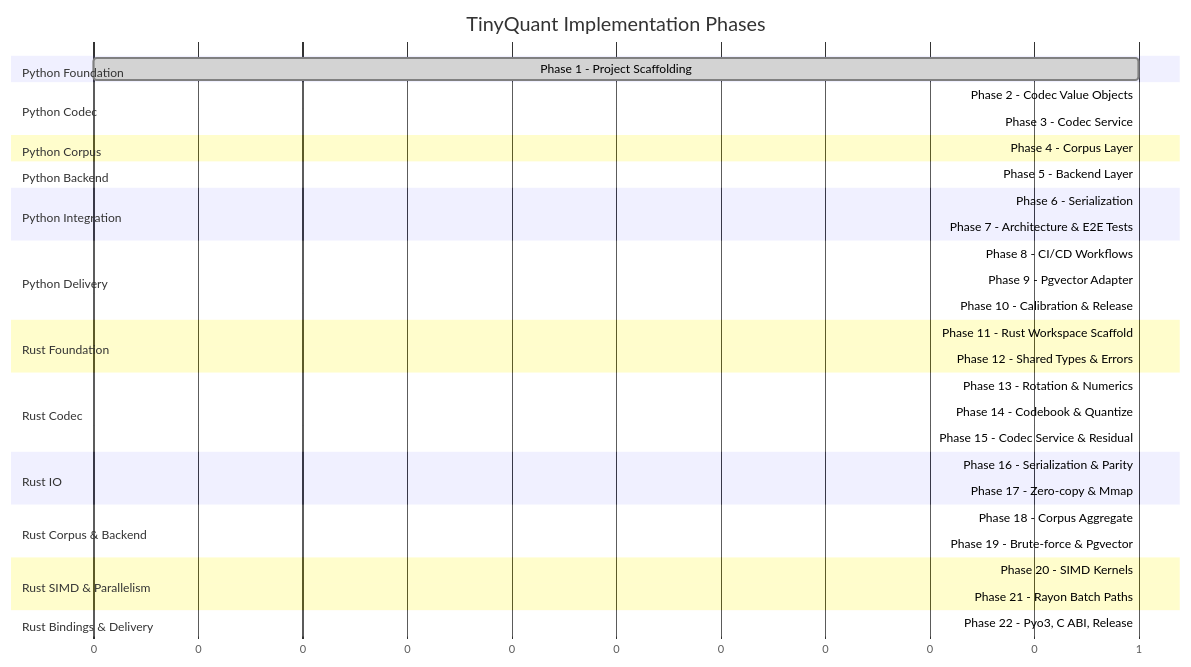
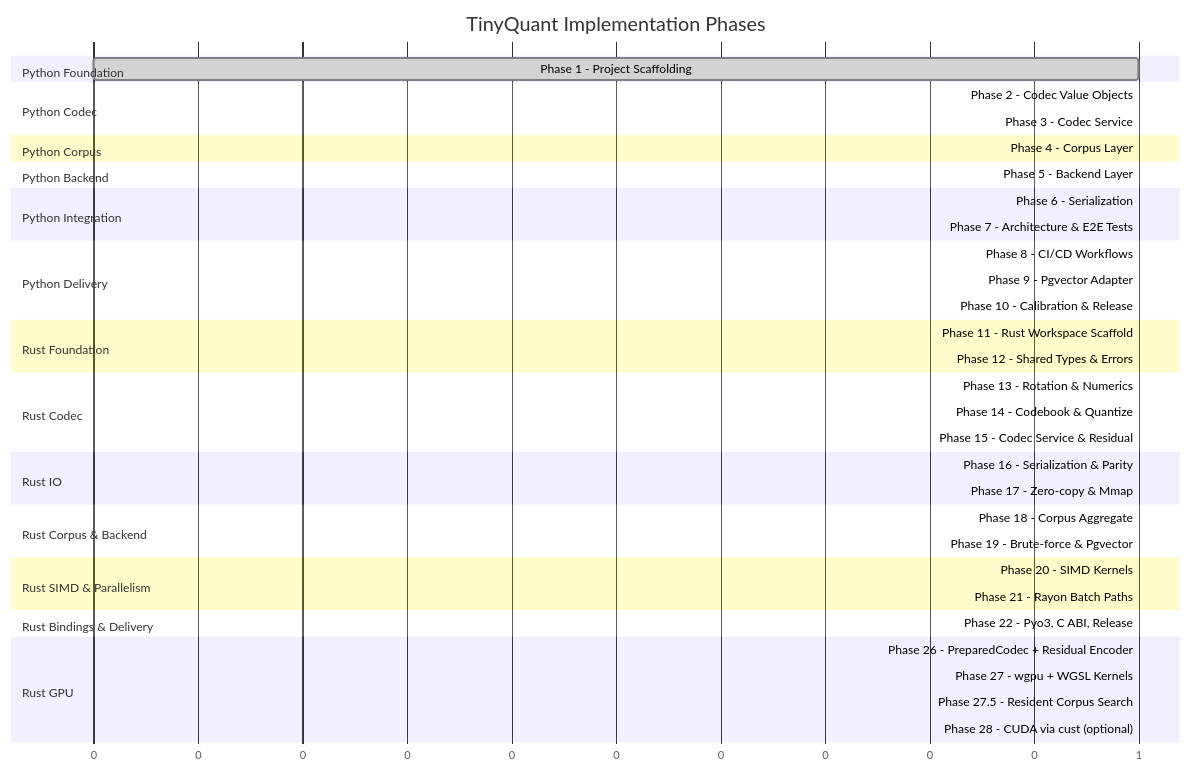
The diagram in docs/roadmap.md (better-with-models/TinyQuant), drawn with Mermaid before and after one commit. The commit also changed other lines of this file and 8 other files, not shown here.

First line of the commit message:
docs(rust): add GPU acceleration design and update existing design docs

````diff
--- a/docs/roadmap.md
+++ b/docs/roadmap.md
@@ -26,40 +26,45 @@
 ```mermaid
 gantt
     title TinyQuant Implementation Phases
     dateFormat X
     axisFormat %s
     section Python Foundation
         Phase 1 - Project Scaffolding       :done, p1, 0, 1
     section Python Codec
         Phase 2 - Codec Value Objects       :done, p2, after p1, 1
         Phase 3 - Codec Service             :done, p3, after p2, 1
     section Python Corpus
         Phase 4 - Corpus Layer              :done, p4, after p3, 1
     section Python Backend
         Phase 5 - Backend Layer             :done, p5, after p4, 1
     section Python Integration
         Phase 6 - Serialization             :done, p6, after p5, 1
         Phase 7 - Architecture & E2E Tests  :done, p7, after p6, 1
     section Python Delivery
         Phase 8 - CI/CD Workflows           :done, p8, after p7, 1
         Phase 9 - Pgvector Adapter          :done, p9, after p8, 1
         Phase 10 - Calibration & Release    :done, p10, after p9, 1
     section Rust Foundation
         Phase 11 - Rust Workspace Scaffold  :done, p11, after p10, 1
         Phase 12 - Shared Types & Errors    :done, p12, after p11, 1
     section Rust Codec
         Phase 13 - Rotation & Numerics      :p13, after p12, 1
         Phase 14 - Codebook & Quantize      :p14, after p13, 1
         Phase 15 - Codec Service & Residual :p15, after p14, 1
     section Rust IO
         Phase 16 - Serialization & Parity   :p16, after p15, 1
         Phase 17 - Zero-copy & Mmap         :p17, after p16, 1
     section Rust Corpus & Backend
         Phase 18 - Corpus Aggregate         :p18, after p17, 1
         Phase 19 - Brute-force & Pgvector   :p19, after p18, 1
     section Rust SIMD & Parallelism
         Phase 20 - SIMD Kernels             :p20, after p19, 1
         Phase 21 - Rayon Batch Paths        :p21, after p20, 1
     section Rust Bindings & Delivery
         Phase 22 - Pyo3, C ABI, Release     :p22, after p21, 1
+    section Rust GPU
+        Phase 26 - PreparedCodec + Residual Encoder :p26, after p22, 1
+        Phase 27 - wgpu + WGSL Kernels      :p27, after p26, 1
+        Phase 27.5 - Resident Corpus Search :p275, after p27, 1
+        Phase 28 - CUDA via cust (optional) :p28, after p275, 1
 ```
````
